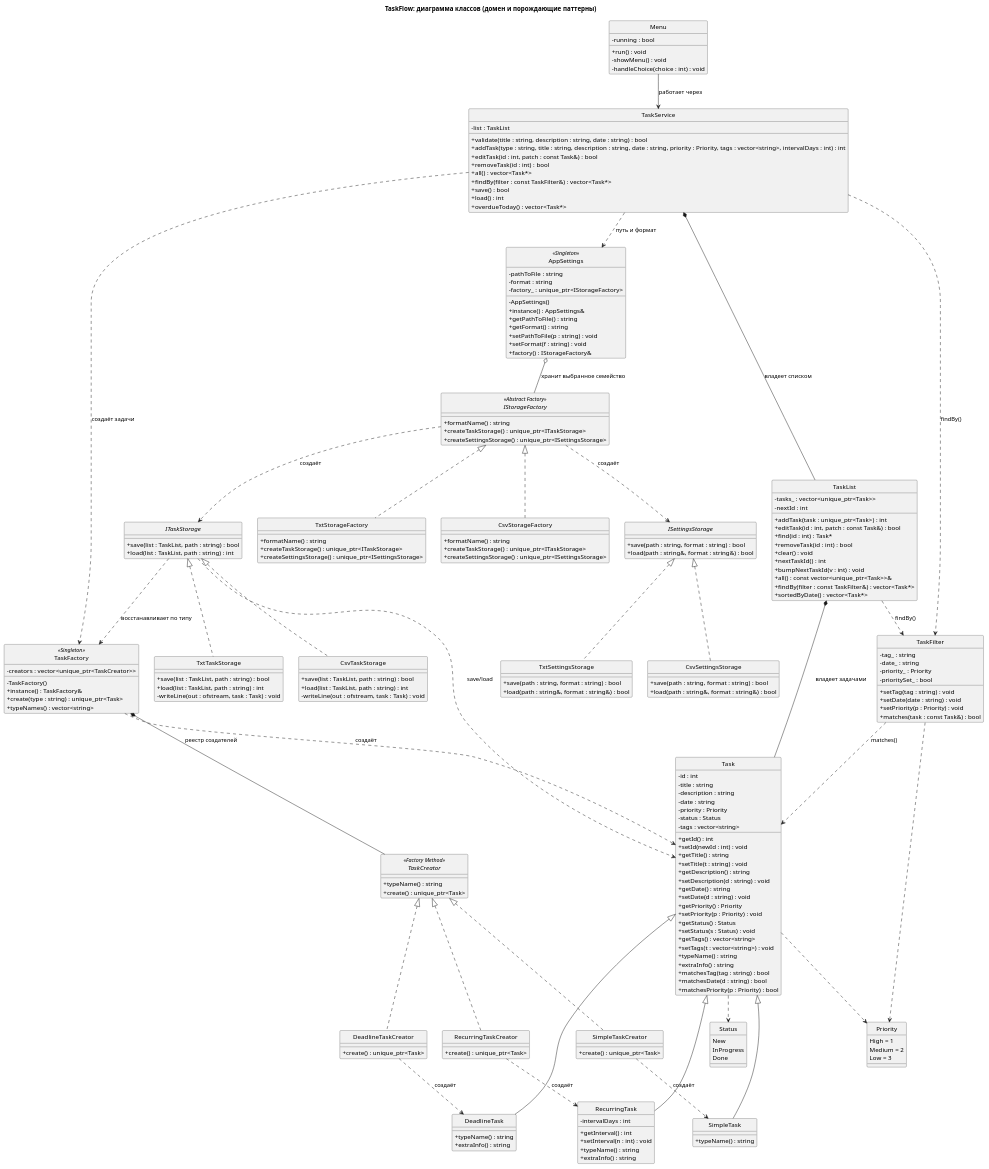
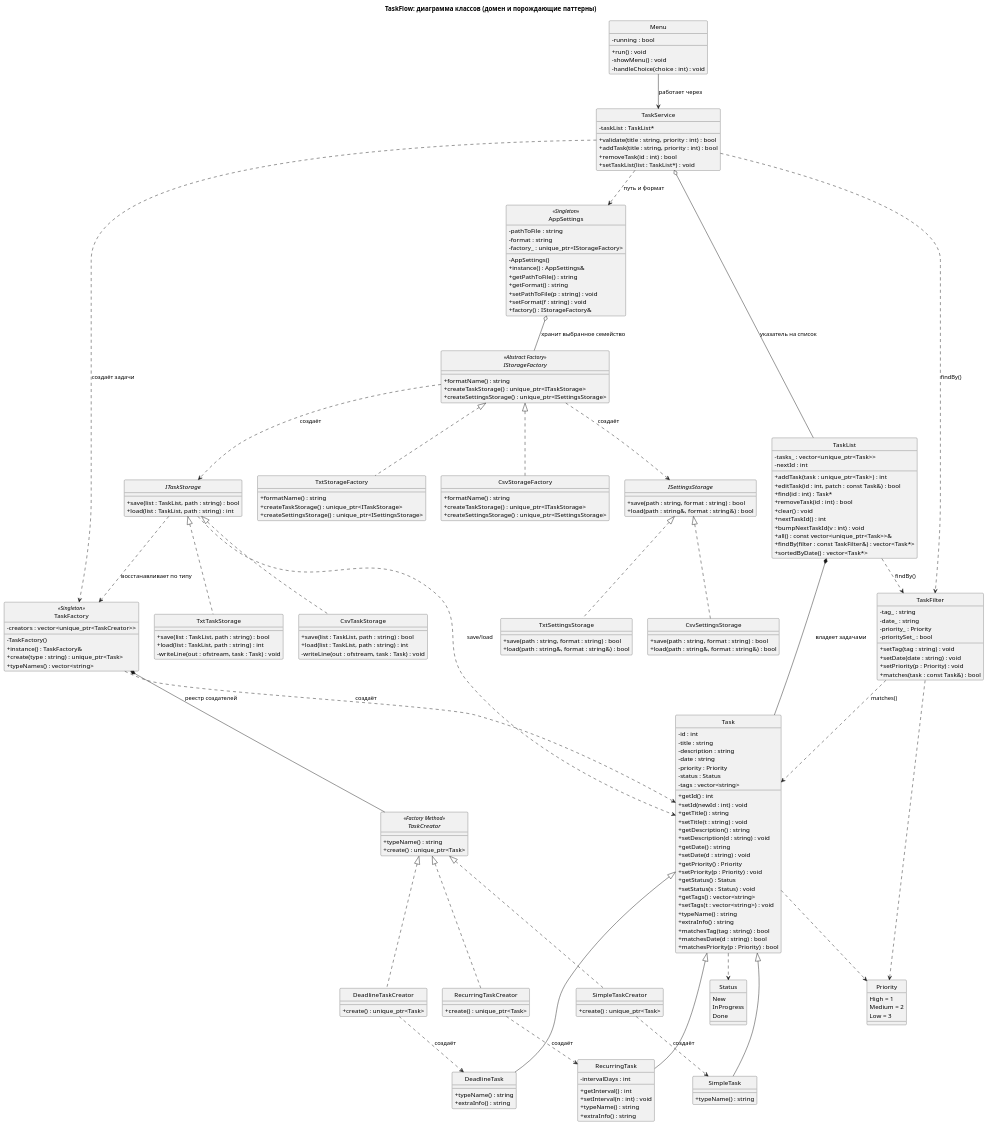
The diagram in docs/uml/02_class_domain.puml (Ruslan1209/TaskFlow), drawn with PlantUML before and after one commit. The commit also changed other lines of this file, not shown here.

```diff
--- a/docs/uml/02_class_domain.puml
+++ b/docs/uml/02_class_domain.puml
@@ -184,16 +185,11 @@
 }
 
 class TaskService {
-  - list : TaskList
-  + validate(title : string, description : string, date : string) : bool
-  + addTask(type : string, title : string, description : string, date : string, priority : Priority, tags : vector<string>, intervalDays : int) : int
-  + editTask(id : int, patch : const Task&) : bool
+  - taskList : TaskList*
+  + validate(title : string, priority : int) : bool
+  + addTask(title : string, priority : int) : bool
   + removeTask(id : int) : bool
-  + all() : vector<Task*>
-  + findBy(filter : const TaskFilter&) : vector<Task*>
-  + save() : bool
-  + load() : int
-  + overdueToday() : vector<Task*>
+  + setTaskList(list : TaskList*) : void
 }
 
 Task <|-- SimpleTask
@@ -228,7 +224,7 @@
 TaskFilter ..> Priority
 
 Menu --> TaskService : работает через
-TaskService *-- TaskList : владеет списком
+TaskService o-- TaskList : указатель на список
 TaskService ..> TaskFactory : создаёт задачи
 TaskService ..> AppSettings : путь и формат
 TaskService ..> TaskFilter : findBy()
```
